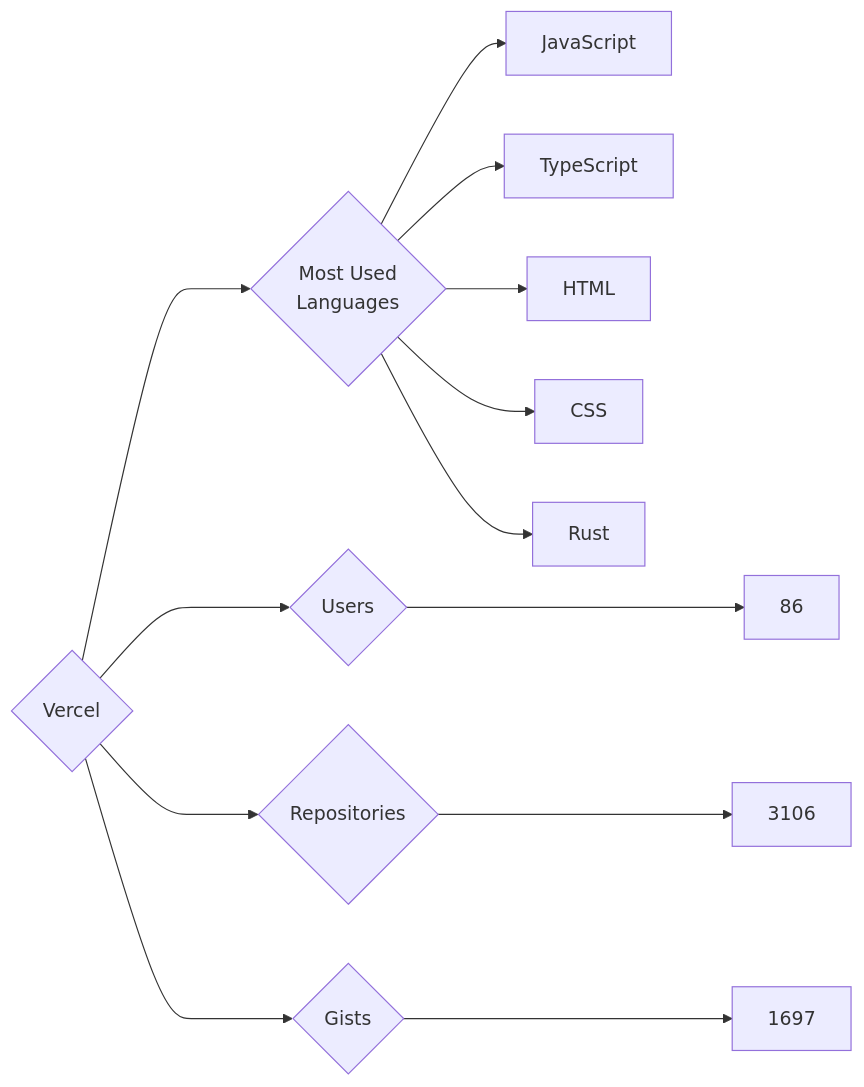
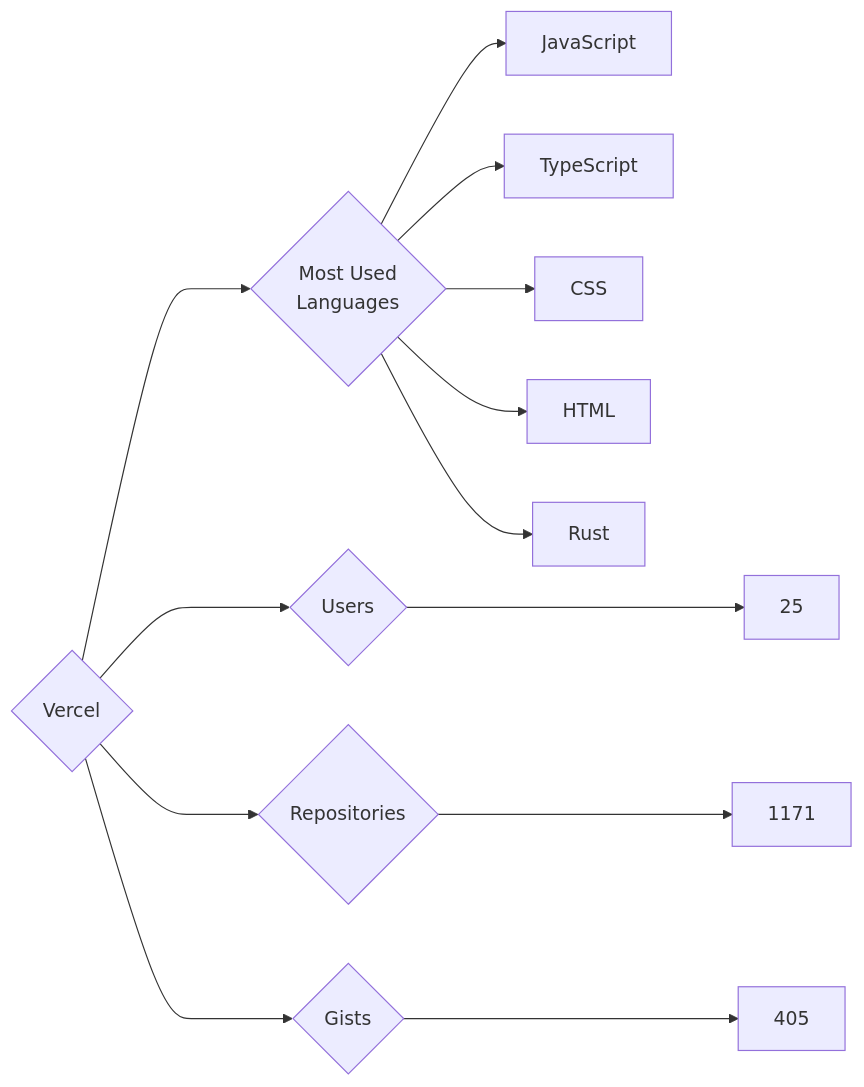
Before and after one commit to trickest/insiders: the diagram in targets/Vercel/README.md, drawn with Mermaid. The commit also changed 1508 other files, not shown here.

````diff
--- a/targets/Vercel/README.md
+++ b/targets/Vercel/README.md
@@ -3,13 +3,13 @@
 ```mermaid
 graph LR
 COMPANY_NAME{Vercel}
-COMPANY_NAME ---> U{Users} ---> UN[86]
-COMPANY_NAME ---> R{Repositories} ---> RN[3106]
-COMPANY_NAME ---> G{Gists} ---> GN[1697]
+COMPANY_NAME ---> U{Users} ---> UN[25]
+COMPANY_NAME ---> R{Repositories} ---> RN[1171]
+COMPANY_NAME ---> G{Gists} ---> GN[405]
 COMPANY_NAME ---> ML{Most Used<br>Languages}
 ML --> JavaScript[JavaScript]
 ML --> TypeScript[TypeScript]
+ML --> CSS[CSS]
 ML --> HTML[HTML]
-ML --> CSS[CSS]
 ML --> Rust[Rust]
 ```
````
